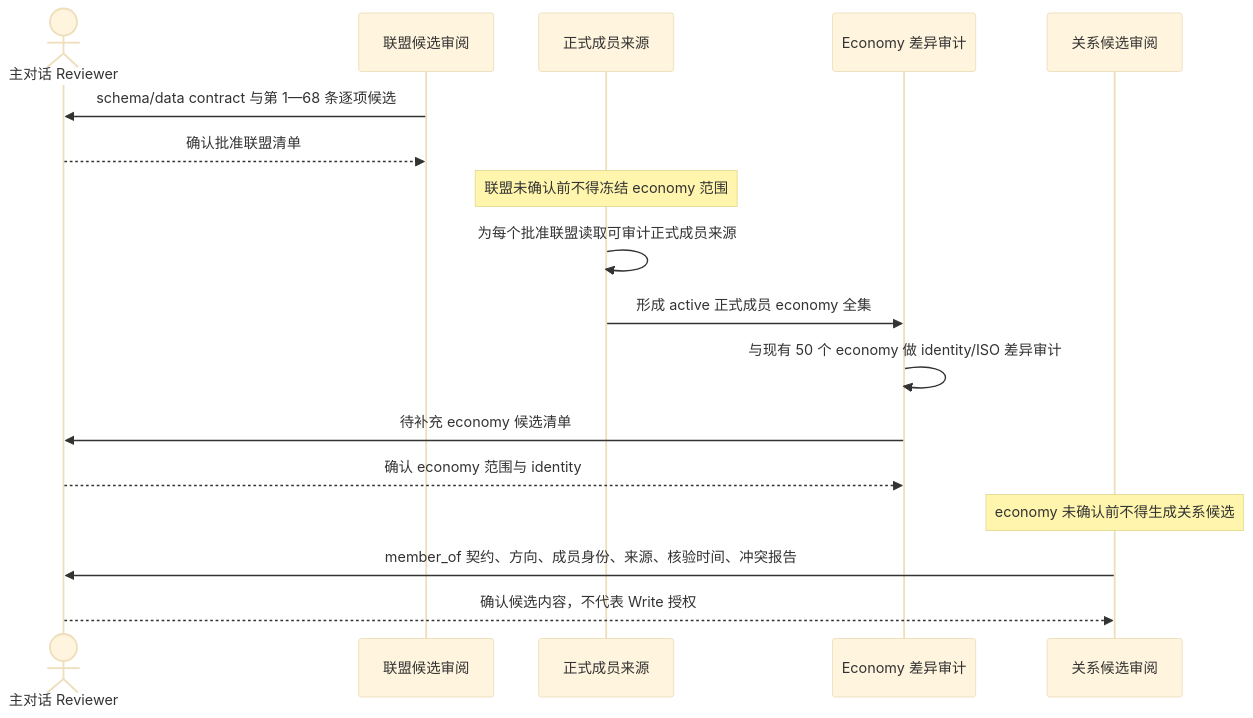
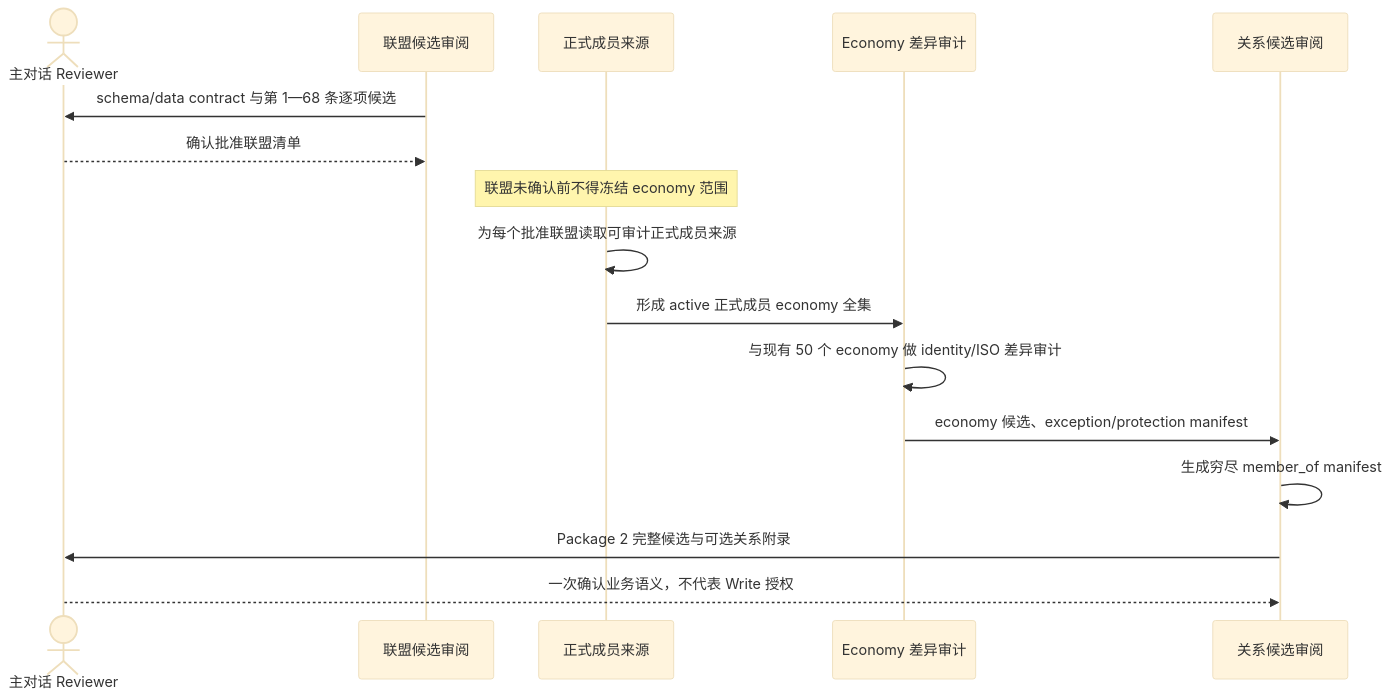
The first of 2 diagrams in openspec/changes/reinitialize-alliance-economy-foundation/design.md (meierlink88/tidewise-ai), drawn with Mermaid (base theme) before and after one commit. The commit also changed other lines of this file and 9 other files, not shown here.

````diff
--- a/openspec/changes/reinitialize-alliance-economy-foundation/design.md
+++ b/openspec/changes/reinitialize-alliance-economy-foundation/design.md
@@ -69,20 +70,19 @@
 ```mermaid
 sequenceDiagram
     actor Reviewer as 主对话 Reviewer
     participant Alliance as 联盟候选审阅
     participant Source as 正式成员来源
     participant Economy as Economy 差异审计
     participant Relation as 关系候选审阅
 
     Alliance->>Reviewer: schema/data contract 与第 1—68 条逐项候选
     Reviewer-->>Alliance: 确认批准联盟清单
     Note over Source: 联盟未确认前不得冻结 economy 范围
     Source->>Source: 为每个批准联盟读取可审计正式成员来源
     Source->>Economy: 形成 active 正式成员 economy 全集
     Economy->>Economy: 与现有 50 个 economy 做 identity/ISO 差异审计
-    Economy->>Reviewer: 待补充 economy 候选清单
-    Reviewer-->>Economy: 确认 economy 范围与 identity
-    Note over Relation: economy 未确认前不得生成关系候选
-    Relation->>Reviewer: member_of 契约、方向、成员身份、来源、核验时间、冲突报告
-    Reviewer-->>Relation: 确认候选内容，不代表 Write 授权
+    Economy->>Relation: economy 候选、exception/protection manifest
+    Relation->>Relation: 生成穷尽 member_of manifest
+    Relation->>Reviewer: Package 2 完整候选与可选关系附录
+    Reviewer-->>Relation: 一次确认业务语义，不代表 Write 授权
 ```
````
